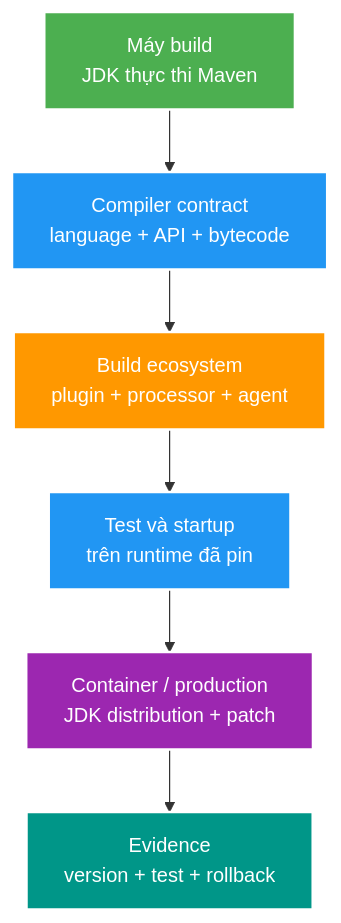
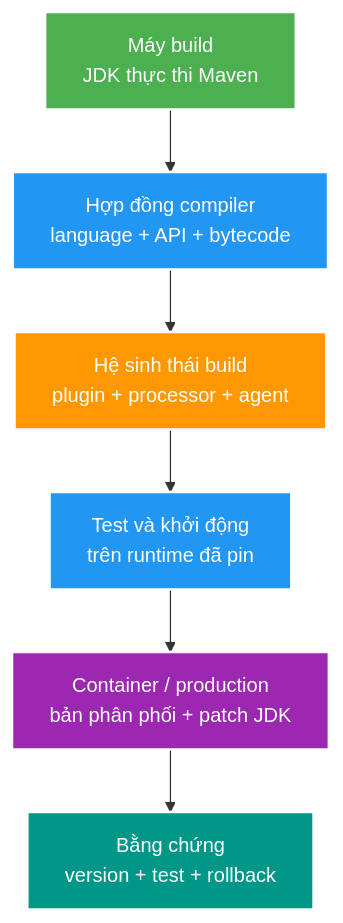
The first of 2 diagrams in docs/learning/topics/java/theory/core/java21-platform-baseline.md (HungPhan200591/live-stream-backend), drawn with Mermaid before and after one commit. The commit also changed other lines of this file and 177 other files, not shown here.

````diff
--- a/docs/learning/topics/java/theory/core/java21-platform-baseline.md
+++ b/docs/learning/topics/java/theory/core/java21-platform-baseline.md
@@ -36,15 +36,15 @@
 ```mermaid
 flowchart TB
-    A["Máy build<br/>JDK thực thi Maven"] --> B["Compiler contract<br/>language + API + bytecode"]
-    B --> C["Build ecosystem<br/>plugin + processor + agent"]
-    C --> D["Test và startup<br/>trên runtime đã pin"]
-    D --> E["Container / production<br/>JDK distribution + patch"]
-    E --> F["Evidence<br/>version + test + rollback"]
+    A["Máy build<br/>JDK thực thi Maven"] --> B["Hợp đồng compiler<br/>language + API + bytecode"]
+    B --> C["Hệ sinh thái build<br/>plugin + processor + agent"]
+    C --> D["Test và khởi động<br/>trên runtime đã pin"]
+    D --> E["Container / production<br/>bản phân phối + patch JDK"]
+    E --> F["Bằng chứng<br/>version + test + rollback"]
 
     style A fill:#4CAF50,stroke:#fff,stroke-width:2px,color:#fff
     style B fill:#2196F3,stroke:#fff,stroke-width:2px,color:#fff
     style C fill:#FF9800,stroke:#fff,stroke-width:2px,color:#fff
     style D fill:#2196F3,stroke:#fff,stroke-width:2px,color:#fff
     style E fill:#9C27B0,stroke:#fff,stroke-width:2px,color:#fff
     style F fill:#009688,stroke:#fff,stroke-width:2px,color:#fff
 ```
````
